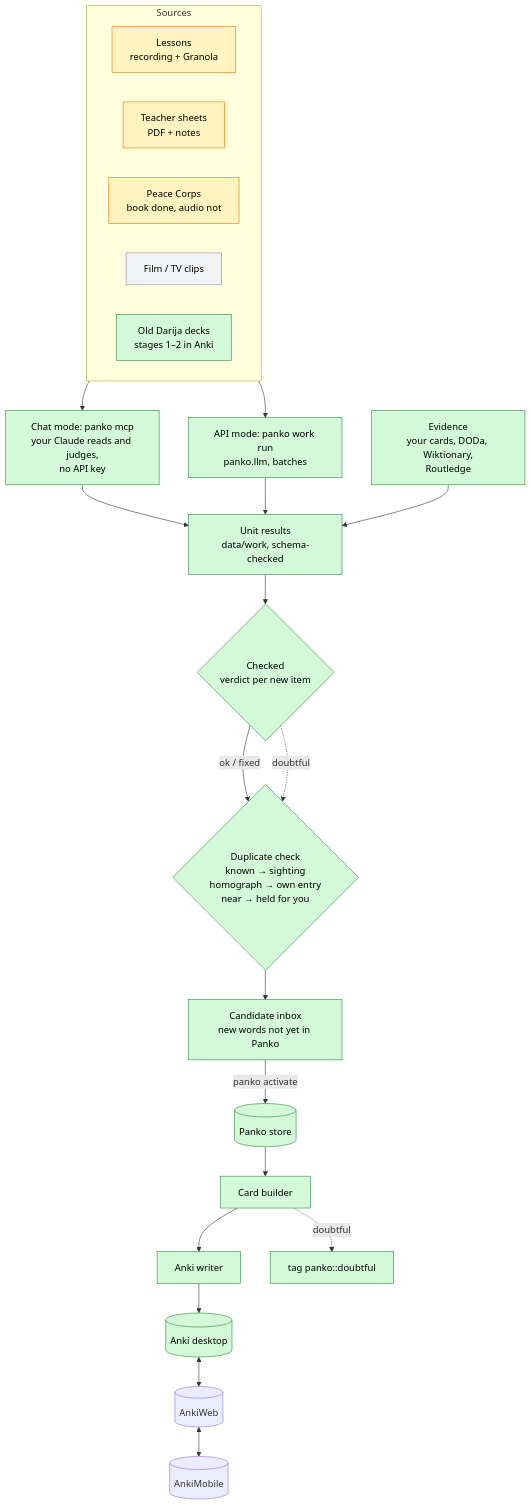
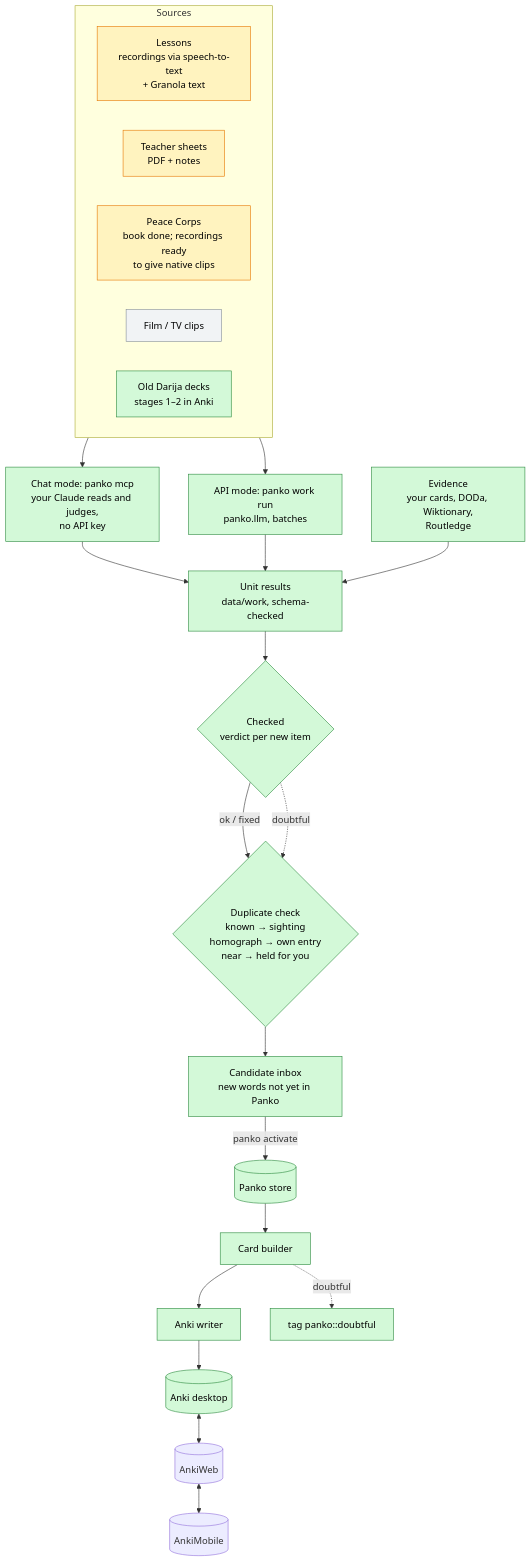
The first of 5 diagrams in docs/ARCHITECTURE.md (NotAHill/panko), drawn with Mermaid before and after one commit. The commit also changed other lines of this file and 20 other files, not shown here.

First line of the commit message:
Phase 4: lesson and film recordings as sources, with native clips

````diff
--- a/docs/ARCHITECTURE.md
+++ b/docs/ARCHITECTURE.md
@@ -12,30 +12,30 @@
 ```mermaid
 flowchart TB
     subgraph Sources
         direction LR
-        L[Lessons<br/>recording + Granola]:::part
+        L[Lessons<br/>recordings via speech-to-text<br/>+ Granola text]:::part
         T[Teacher sheets<br/>PDF + notes]:::part
-        PC[Peace Corps<br/>book done, audio not]:::part
+        PC[Peace Corps<br/>book done; recordings ready<br/>to give native clips]:::part
         M[Film / TV clips]:::plan
         D[Old Darija decks<br/>stages 1–2 in Anki]:::built
     end
     Sources --> CM[Chat mode: panko mcp<br/>your Claude reads and judges,<br/>no API key]:::built
     Sources --> API[API mode: panko work run<br/>panko.llm, batches]:::built
     CM --> X[Unit results<br/>data/work, schema-checked]:::built
     API --> X
     EV[Evidence<br/>your cards, DODa, Wiktionary,<br/>Routledge]:::built --> X
     X --> C{Checked<br/>verdict per new item}:::built
     C -- ok / fixed --> DD{Duplicate check<br/>known → sighting<br/>homograph → own entry<br/>near → held for you}:::built
     C -. doubtful .-> DD
     DD --> IN[Candidate inbox<br/>new words not yet in Panko]:::built
     IN -- panko activate --> S[(Panko store)]:::built
     S --> B[Card builder]:::built
     B --> W[Anki writer]:::built
     B -. doubtful .-> F[tag panko::doubtful]:::built
     W --> A[(Anki desktop)]:::built
     A <--> AW[(AnkiWeb)] <--> AM[(AnkiMobile)]
 
     classDef built fill:#d3f9d8,stroke:#2b8a3e,color:#000
     classDef part fill:#fff3bf,stroke:#e67700,color:#000
     classDef plan fill:#f1f3f5,stroke:#868e96,color:#000
 ```
````
